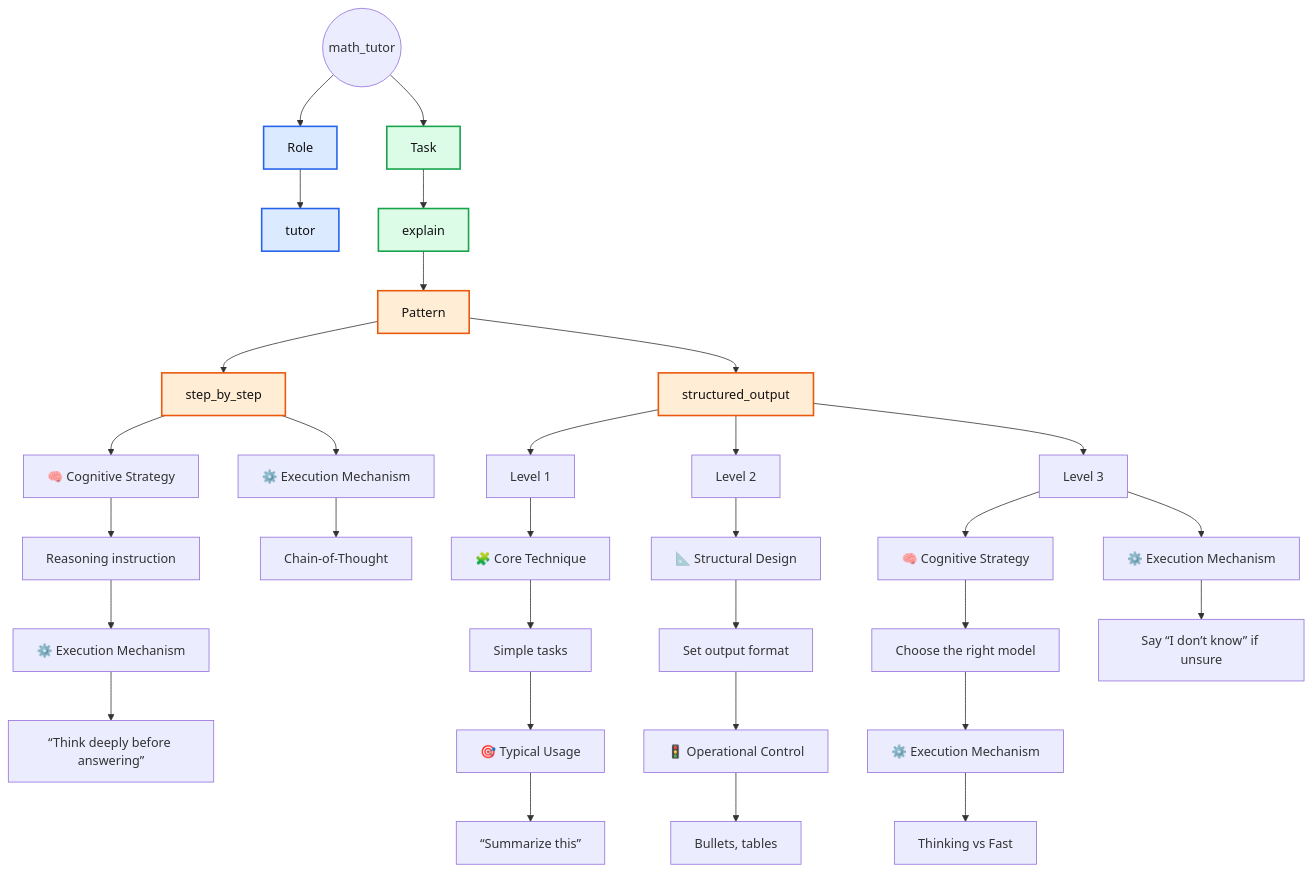
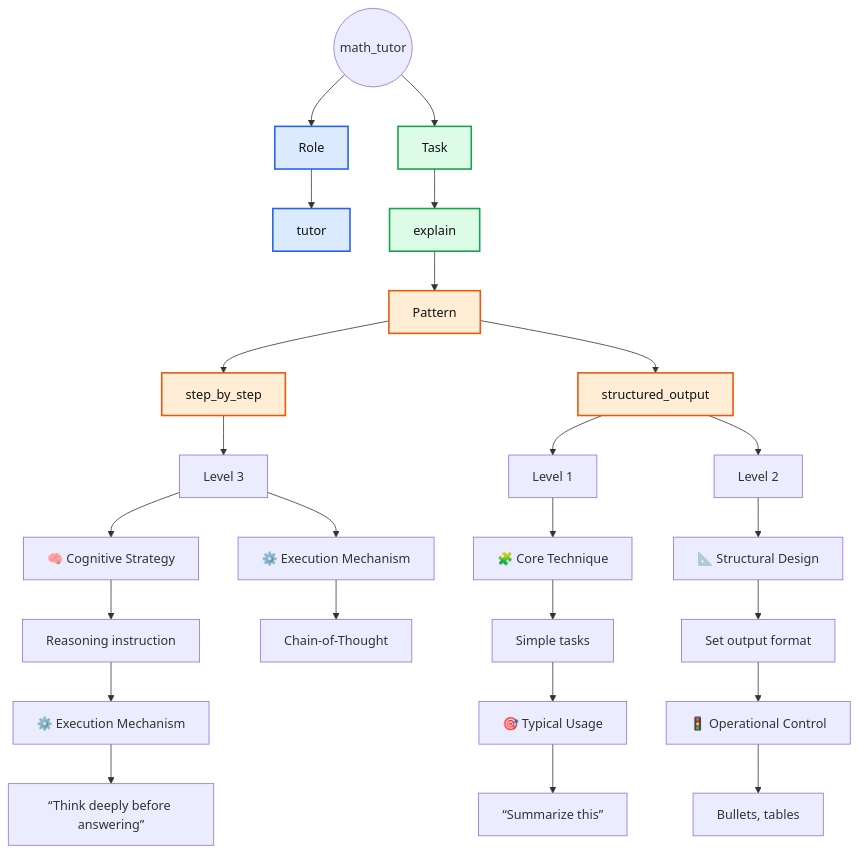
Before and after one commit to perfectCoder-dev/Ai-promt-en: the first of 2 diagrams in docs/prompts/agents/default_agents.md, drawn with Mermaid. The commit also changed other lines of this file and 5 other files, not shown here.

````diff
--- a/docs/prompts/agents/default_agents.md
+++ b/docs/prompts/agents/default_agents.md
@@ -25,56 +24,45 @@
 ```mermaid
 flowchart TD
 
 A((math_tutor))
 
 A --> B[Role]
 B --> C[tutor]
 
 A --> D[Task]
 D --> E[explain]
 E --> F[Pattern]
+F --> G[step_by_step]
+G --> H[Level 3]
+H --> I[🧠 Cognitive Strategy]
+I --> J[Reasoning instruction]
+J --> K[⚙️ Execution Mechanism]
+K --> L[“Think deeply before answering”]
 
-F --> G[step_by_step]
-G --> H[🧠 Cognitive Strategy]
-H --> I[Reasoning instruction]
+H --> M[⚙️ Execution Mechanism]
+M --> N[Chain-of-Thought]
 
-I --> J[⚙️ Execution Mechanism]
-J --> K[“Think deeply before answering”]
+F --> O[structured_output]
+O --> P[Level 1]
+P --> Q[🧩 Core Technique]
+Q --> R[Simple tasks]
+R --> S[🎯 Typical Usage]
+S --> T[“Summarize this”]
 
-G --> L[⚙️ Execution Mechanism]
-L --> M[Chain-of-Thought]
-
-F --> N[structured_output]
-
-N --> O[Level 1]
-O --> P[🧩 Core Technique]
-P --> Q[Simple tasks]
-Q --> R[🎯 Typical Usage]
-R --> S[“Summarize this”]
-
-N --> T[Level 2]
-T --> U[📐 Structural Design]
-U --> V[Set output format]
-V --> W[🚦 Operational Control]
-W --> X[Bullets, tables]
-
-N --> Y[Level 3]
-Y --> Z[🧠 Cognitive Strategy]
-Z --> AA[Choose the right model]
-AA --> AB[⚙️ Execution Mechanism]
-AB --> AC[Thinking vs Fast ]
-
-Y --> AD[⚙️ Execution Mechanism]
-AD --> AE[Say “I don’t know” if unsure]
+O --> U[Level 2]
+U --> V[📐 Structural Design]
+V --> W[Set output format]
+W --> X[🚦 Operational Control]
+X --> Y[Bullets, tables]
 
 %% Color definitions
 classDef role fill:#dbeafe,stroke:#2563eb,stroke-width:2px,color:#111;
 classDef task fill:#dcfce7,stroke:#16a34a,stroke-width:2px,color:#111;
 classDef pattern fill:#ffedd5,stroke:#ea580c,stroke-width:2px,color:#111;
 
 %% Apply colors
 class B,C role
 class D,E task
-class F,G,N pattern
+class F,G,O pattern
 
 ```
````
